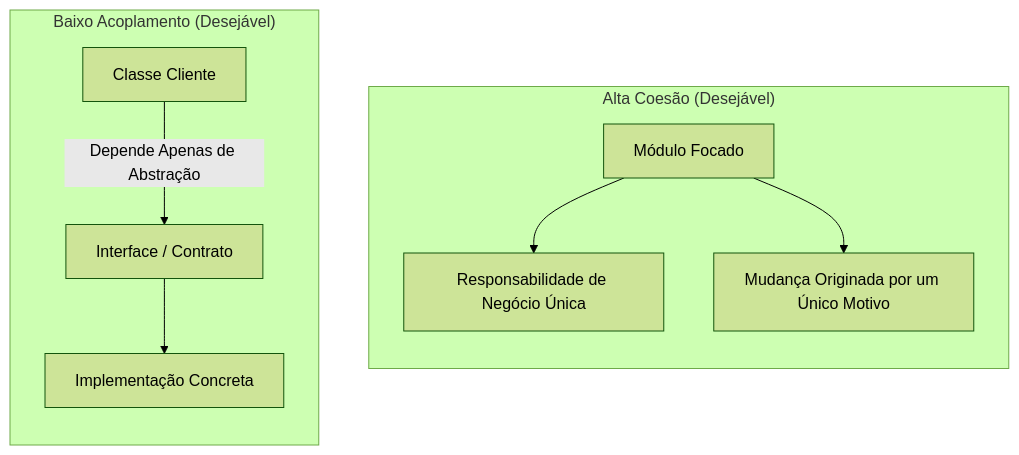
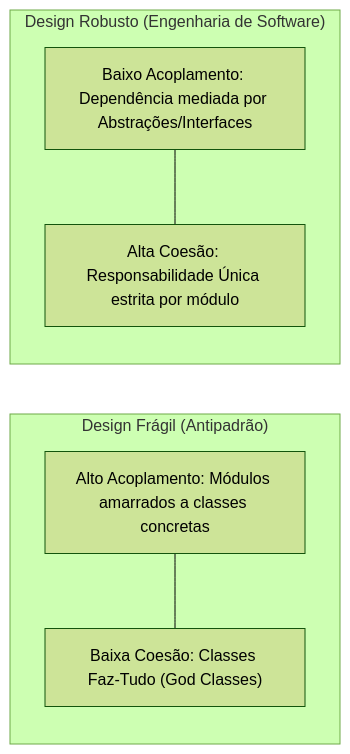
Before and after one commit to murilolol/unifef: the seventh of 32 diagrams in 4º Semestre/[Prof. Wesley Soares] Engenharia de Software II/Resumos-IA/Caderno-Consolidado.md, drawn with Mermaid (forest theme). The commit also changed other lines of this file and 10 other files, not shown here.

````diff
--- a/4º Semestre/[Prof. Wesley Soares] Engenharia de Software II/Resumos-IA/Caderno-Consolidado.md
+++ b/4º Semestre/[Prof. Wesley Soares] Engenharia de Software II/Resumos-IA/Caderno-Consolidado.md
@@ -390,14 +356,16 @@
 ```mermaid
-flowchart TD
-    subgraph AltaCoesao["Alta Coesão (Desejável)"]
-        direction TB
-        M1["Módulo Focado"] --> T1["Responsabilidade de Negócio Única"]
-        M1 --> T2["Mudança Originada por um Único Motivo"]
-    end
+flowchart LR
+  subgraph Antipadrao["Design Frágil (Antipadrão)"]
+    direction TB
+    A1["Alto Acoplamento: Módulos amarrados a classes concretas"]
+    A2["Baixa Coesão: Classes Faz-Tudo (God Classes)"]
+    A1 --- A2
+  end
 
-    subgraph BaixoAcoplamento["Baixo Acoplamento (Desejável)"]
-        direction TB
-        C1["Classe Cliente"] -->|"Depende Apenas de Abstração"| INT["Interface / Contrato"]
-        INT --> C2["Implementação Concreta"]
-    end
+  subgraph Ideal["Design Robusto (Engenharia de Software)"]
+    direction TB
+    B1["Baixo Acoplamento: Dependência mediada por Abstrações/Interfaces"]
+    B2["Alta Coesão: Responsabilidade Única estrita por módulo"]
+    B1 --- B2
+  end
 ```
````
